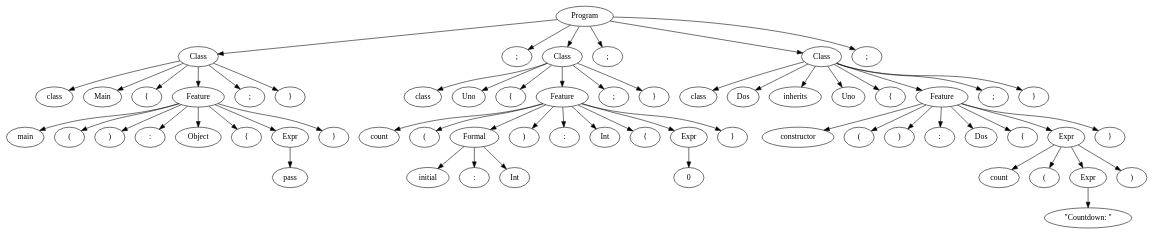
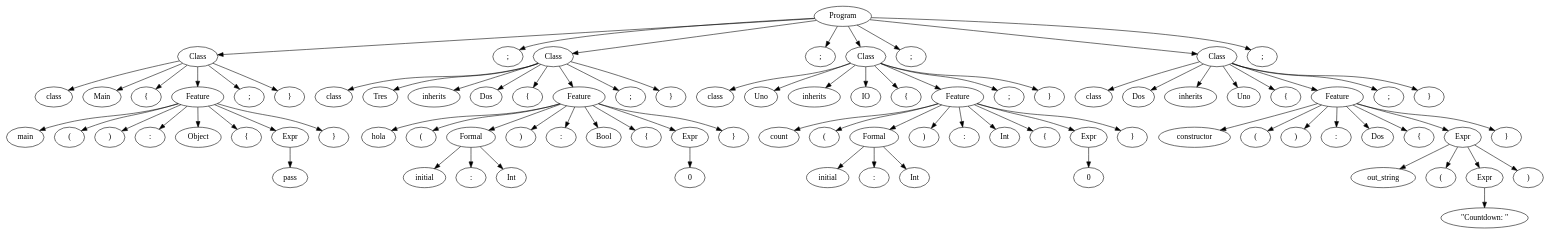
The diagram in output.gv (Manuel-Archila/Proyecto0_CC), drawn with Graphviz before and after one commit. The commit also changed 3 other files, not shown here.

```diff
--- a/output.gv
+++ b/output.gv
@@ -1,125 +1,175 @@
 digraph {
 	0 [label=Program]
 	0 -> 1
 	1 [label=Class]
 	1 -> 2
 	2 [label=class]
 	1 -> 3
 	3 [label=Main]
 	1 -> 4
 	4 [label="{"]
 	1 -> 5
 	5 [label=Feature]
 	5 -> 6
 	6 [label=main]
 	5 -> 7
 	7 [label="("]
 	5 -> 8
 	8 [label=")"]
 	5 -> 9
 	9 [label=":"]
 	5 -> 10
 	10 [label=Object]
 	5 -> 11
 	11 [label="{"]
 	5 -> 12
 	12 [label=Expr]
 	12 -> 13
 	13 [label=pass]
 	5 -> 14
 	14 [label="}"]
 	1 -> 15
 	15 [label=";"]
 	1 -> 16
 	16 [label="}"]
 	0 -> 17
 	17 [label=";"]
 	0 -> 18
 	18 [label=Class]
 	18 -> 19
 	19 [label=class]
 	18 -> 20
-	20 [label=Uno]
+	20 [label=Tres]
 	18 -> 21
-	21 [label="{"]
+	21 [label=inherits]
 	18 -> 22
-	22 [label=Feature]
-	22 -> 23
-	23 [label=count]
-	22 -> 24
-	24 [label="("]
-	22 -> 25
-	25 [label=Formal]
-	25 -> 26
-	26 [label=initial]
-	25 -> 27
-	27 [label=":"]
-	25 -> 28
-	28 [label=Int]
-	22 -> 29
-	29 [label=")"]
-	22 -> 30
-	30 [label=":"]
-	22 -> 31
-	31 [label=Int]
-	22 -> 32
-	32 [label="{"]
-	22 -> 33
-	33 [label=Expr]
-	33 -> 34
-	34 [label=0]
-	22 -> 35
-	35 [label="}"]
-	18 -> 36
-	36 [label=";"]
-	18 -> 37
+	22 [label=Dos]
+	18 -> 23
+	23 [label="{"]
+	18 -> 24
+	24 [label=Feature]
+	24 -> 25
+	25 [label=hola]
+	24 -> 26
+	26 [label="("]
+	24 -> 27
+	27 [label=Formal]
+	27 -> 28
+	28 [label=initial]
+	27 -> 29
+	29 [label=":"]
+	27 -> 30
+	30 [label=Int]
+	24 -> 31
+	31 [label=")"]
+	24 -> 32
+	32 [label=":"]
+	24 -> 33
+	33 [label=Bool]
+	24 -> 34
+	34 [label="{"]
+	24 -> 35
+	35 [label=Expr]
+	35 -> 36
+	36 [label=0]
+	24 -> 37
 	37 [label="}"]
-	0 -> 38
+	18 -> 38
 	38 [label=";"]
-	0 -> 39
-	39 [label=Class]
-	39 -> 40
-	40 [label=class]
-	39 -> 41
-	41 [label=Dos]
-	39 -> 42
-	42 [label=inherits]
-	39 -> 43
+	18 -> 39
+	39 [label="}"]
+	0 -> 40
+	40 [label=";"]
+	0 -> 41
+	41 [label=Class]
+	41 -> 42
+	42 [label=class]
+	41 -> 43
 	43 [label=Uno]
-	39 -> 44
-	44 [label="{"]
-	39 -> 45
-	45 [label=Feature]
-	45 -> 46
-	46 [label=constructor]
-	45 -> 47
-	47 [label="("]
-	45 -> 48
-	48 [label=")"]
-	45 -> 49
-	49 [label=":"]
-	45 -> 50
-	50 [label=Dos]
-	45 -> 51
-	51 [label="{"]
-	45 -> 52
-	52 [label=Expr]
-	52 -> 53
-	53 [label=count]
-	52 -> 54
-	54 [label="("]
-	52 -> 55
-	55 [label=Expr]
-	55 -> 56
-	56 [label="\"Countdown: \""]
-	52 -> 57
-	57 [label=")"]
-	45 -> 58
-	58 [label="}"]
-	39 -> 59
-	59 [label=";"]
-	39 -> 60
+	41 -> 44
+	44 [label=inherits]
+	41 -> 45
+	45 [label=IO]
+	41 -> 46
+	46 [label="{"]
+	41 -> 47
+	47 [label=Feature]
+	47 -> 48
+	48 [label=count]
+	47 -> 49
+	49 [label="("]
+	47 -> 50
+	50 [label=Formal]
+	50 -> 51
+	51 [label=initial]
+	50 -> 52
+	52 [label=":"]
+	50 -> 53
+	53 [label=Int]
+	47 -> 54
+	54 [label=")"]
+	47 -> 55
+	55 [label=":"]
+	47 -> 56
+	56 [label=Int]
+	47 -> 57
+	57 [label="{"]
+	47 -> 58
+	58 [label=Expr]
+	58 -> 59
+	59 [label=0]
+	47 -> 60
 	60 [label="}"]
-	0 -> 61
+	41 -> 61
 	61 [label=";"]
+	41 -> 62
+	62 [label="}"]
+	0 -> 63
+	63 [label=";"]
+	0 -> 64
+	64 [label=Class]
+	64 -> 65
+	65 [label=class]
+	64 -> 66
+	66 [label=Dos]
+	64 -> 67
+	67 [label=inherits]
+	64 -> 68
+	68 [label=Uno]
+	64 -> 69
+	69 [label="{"]
+	64 -> 70
+	70 [label=Feature]
+	70 -> 71
+	71 [label=constructor]
+	70 -> 72
+	72 [label="("]
+	70 -> 73
+	73 [label=")"]
+	70 -> 74
+	74 [label=":"]
+	70 -> 75
+	75 [label=Dos]
+	70 -> 76
+	76 [label="{"]
+	70 -> 77
+	77 [label=Expr]
+	77 -> 78
+	78 [label=out_string]
+	77 -> 79
+	79 [label="("]
+	77 -> 80
+	80 [label=Expr]
+	80 -> 81
+	81 [label="\"Countdown: \""]
+	77 -> 82
+	82 [label=")"]
+	70 -> 83
+	83 [label="}"]
+	64 -> 84
+	84 [label=";"]
+	64 -> 85
+	85 [label="}"]
+	0 -> 86
+	86 [label=";"]
 }
```
